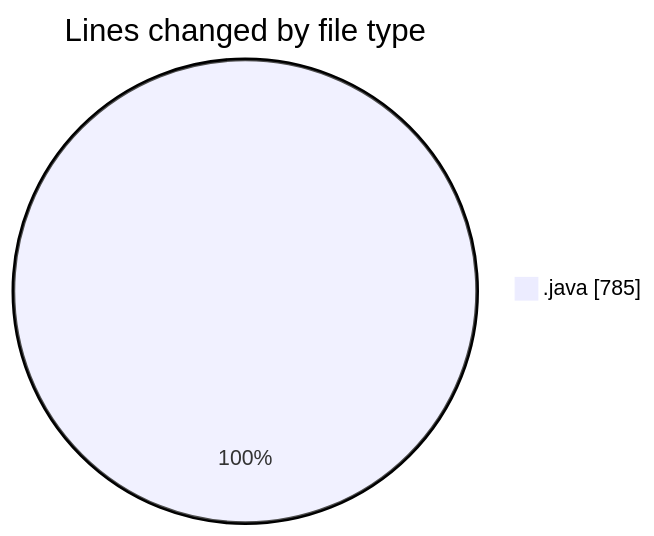
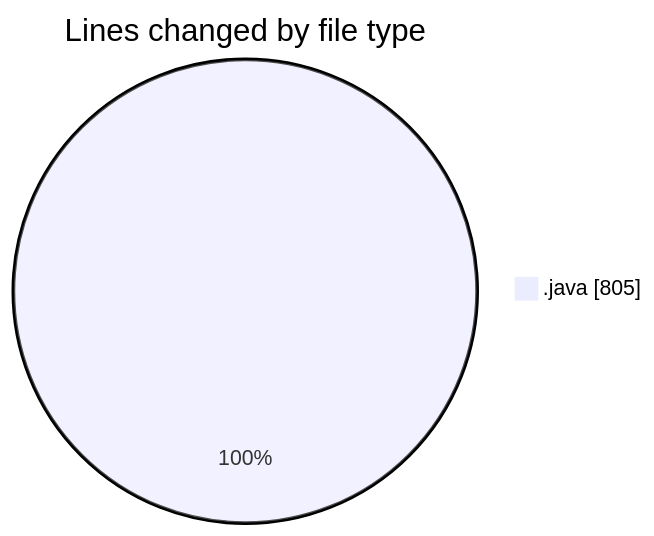
One commit to NitaiMahat/code-tracking changed the first of 2 diagrams in 2025-04-02/startfiles__2_/README.md. Above: the diagram before and after it, drawn with Mermaid. The commit also changed other lines of this file and 1 other file, not shown here.

````diff
--- a/2025-04-02/startfiles__2_/README.md
+++ b/2025-04-02/startfiles__2_/README.md
@@ -25,5 +25,5 @@
 ```mermaid
 pie showData
 title Lines changed by file type
-".java" : 785
+".java" : 805
 ```
````
